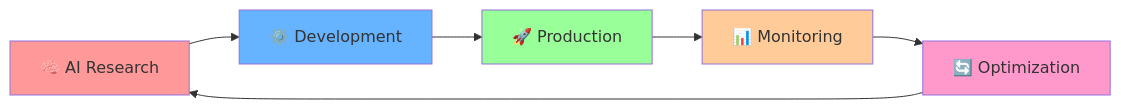
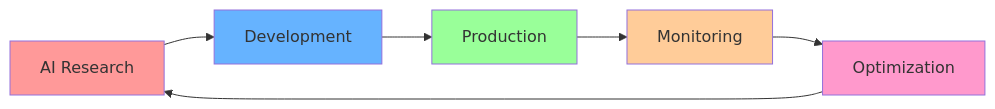
Before and after one commit to yousse-f/yousse-f: the diagram in README.md, drawn with Mermaid. The commit also changed other lines of this file, not shown here.

````diff
--- a/README.md
+++ b/README.md
@@ -157,14 +158,14 @@
 ```mermaid
 graph LR
-    A[🧠 AI Research] --> B[⚙️ Development]
-    B --> C[🚀 Production]
-    C --> D[📊 Monitoring]
-    D --> E[🔄 Optimization]
+    A[AI Research] --> B[Development]
+    B --> C[Production]
+    C --> D[Monitoring]
+    D --> E[Optimization]
     E --> A
     
     style A fill:#ff9999
     style B fill:#66b3ff
     style C fill:#99ff99
     style D fill:#ffcc99
     style E fill:#ff99cc
 ```
````
